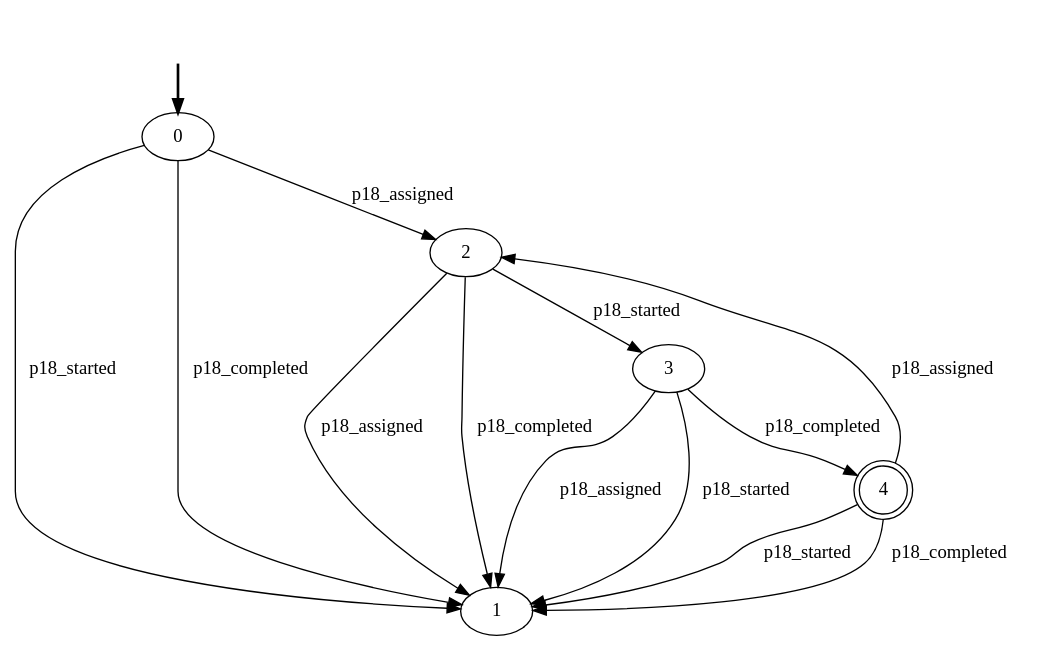
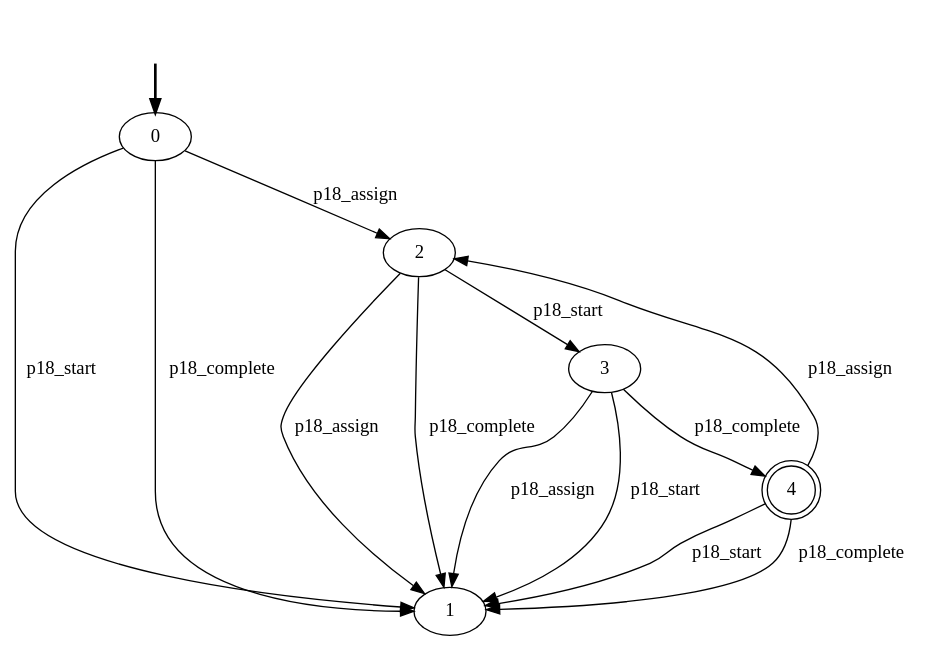
The diagram in Plan-based_Data_Aware_Declarative_Conf_Checker/resources/declarative-models/Data-Aware/5-CONSTRAINTS/p18_lifecycle.dot (GianmarcoBordin/pddlTranslator), drawn with Graphviz before and after one commit. The commit also changed 87 other files, not shown here.

```diff
--- a/Plan-based_Data_Aware_Declarative_Conf_Checker/resources/declarative-models/Data-Aware/5-CONSTRAINTS/p18_lifecycle.dot
+++ b/Plan-based_Data_Aware_Declarative_Conf_Checker/resources/declarative-models/Data-Aware/5-CONSTRAINTS/p18_lifecycle.dot
@@ -1,21 +1,21 @@
 digraph {
 		fake0 [style=invisible]
 		0 [root=true]
 		1
 		2
 		3
 		4 [shape=doublecircle]
 		fake0 -> 0 [style=bold]
-		2 -> 1 [label=p18_assigned]
-		2 -> 3 [label=p18_started]
-		2 -> 1 [label=p18_completed]
-		3 -> 1 [label=p18_assigned]
-		3 -> 1 [label=p18_started]
-		3 -> 4 [label=p18_completed]
-		4 -> 2 [label=p18_assigned]
-		4 -> 1 [label=p18_started]
-		4 -> 1 [label=p18_completed]
-		0 -> 2 [label=p18_assigned]
-		0 -> 1 [label=p18_started]
-		0 -> 1 [label=p18_completed]
+		2 -> 1 [label=p18_assign]
+		2 -> 3 [label=p18_start]
+		2 -> 1 [label=p18_complete]
+		3 -> 1 [label=p18_assign]
+		3 -> 1 [label=p18_start]
+		3 -> 4 [label=p18_complete]
+		4 -> 2 [label=p18_assign]
+		4 -> 1 [label=p18_start]
+		4 -> 1 [label=p18_complete]
+		0 -> 2 [label=p18_assign]
+		0 -> 1 [label=p18_start]
+		0 -> 1 [label=p18_complete]
 }
```
